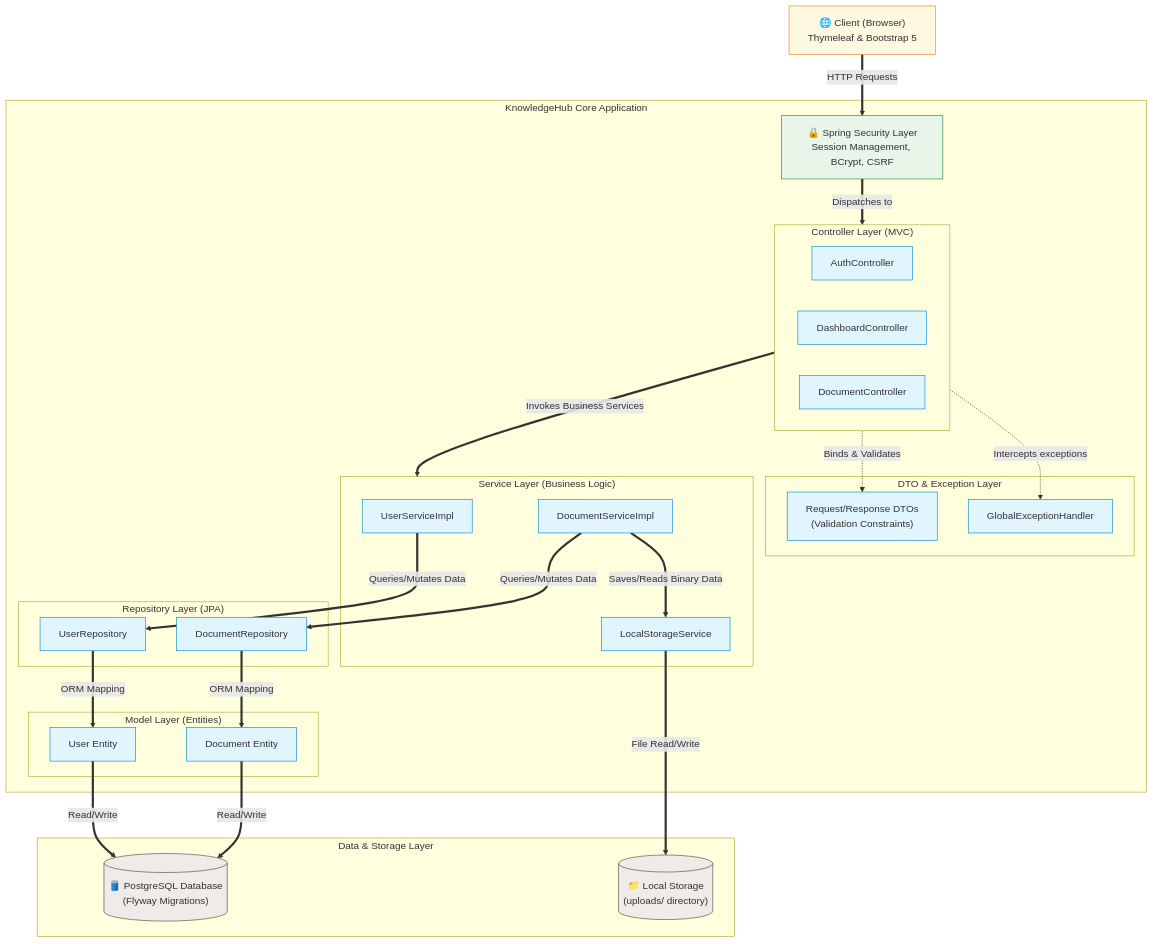
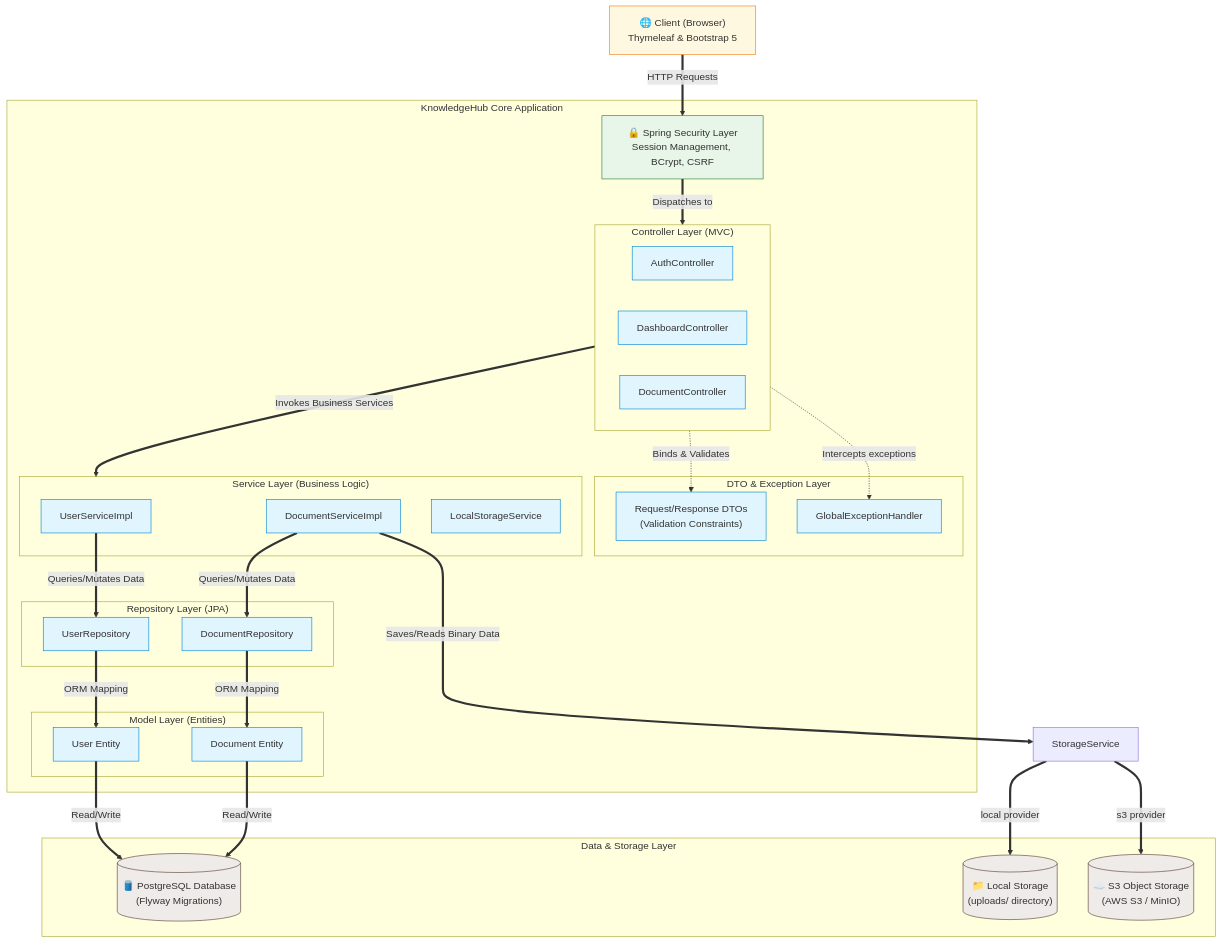
The diagram in README.md (sanab17/knowledgehub), drawn with Mermaid before and after one commit. The commit also changed other lines of this file and 6 other files, not shown here.

Commit message:
Migrated File storage to support both local and cloud storage

````diff
--- a/README.md
+++ b/README.md
@@ -68,61 +68,63 @@
 ```mermaid
 graph TD
     classDef layer fill:#e1f5fe,stroke:#0288d1,stroke-width:1px;
     classDef external fill:#efebe9,stroke:#5d4037,stroke-width:1px;
     classDef security fill:#e8f5e9,stroke:#2e7d32,stroke-width:1px;
     classDef client fill:#fff8e1,stroke:#f57f17,stroke-width:1px;
 
     Client["🌐 Client (Browser)<br/>Thymeleaf & Bootstrap 5"]:::client
 
     subgraph App ["KnowledgeHub Core Application"]
         Security["🔒 Spring Security Layer<br/>Session Management, BCrypt, CSRF"]:::security
         
         subgraph Controllers ["Controller Layer (MVC)"]
             AuthCtrl["AuthController"]:::layer
             DashCtrl["DashboardController"]:::layer
             DocCtrl["DocumentController"]:::layer
         end
 
         subgraph DTOs ["DTO & Exception Layer"]
             DTO["Request/Response DTOs<br/>(Validation Constraints)"]:::layer
             GlobalExc["GlobalExceptionHandler"]:::layer
         end
 
         subgraph Services ["Service Layer (Business Logic)"]
             UserServiceImpl["UserServiceImpl"]:::layer
             DocServiceImpl["DocumentServiceImpl"]:::layer
             LocalStorage["LocalStorageService"]:::layer
         end
 
         subgraph Repositories ["Repository Layer (JPA)"]
             UserRepo["UserRepository"]:::layer
             DocRepo["DocumentRepository"]:::layer
         end
 
         subgraph Models ["Model Layer (Entities)"]
             UserEnt["User Entity"]:::layer
             DocEnt["Document Entity"]:::layer
         end
     end
 
     subgraph Data ["Data & Storage Layer"]
         DB[("🛢️ PostgreSQL Database<br/>(Flyway Migrations)")]:::external
         FS[("📁 Local Storage<br/>(uploads/ directory)")]:::external
+        S3[("☁️ S3 Object Storage<br/>(AWS S3 / MinIO)")]:::external
     end
 
     %% Interactions
     Client ==>|HTTP Requests| Security
     Security ==>|Dispatches to| Controllers
     Controllers -.->|Binds & Validates| DTO
     Controllers ==>|Invokes Business Services| Services
-    DocServiceImpl ==>|Saves/Reads Binary Data| LocalStorage
-    LocalStorage ==>|File Read/Write| FS
+    DocServiceImpl ==>|Saves/Reads Binary Data| StorageService
+    StorageService ==>|local provider| FS
+    StorageService ==>|s3 provider| S3
     DocServiceImpl ==>|Queries/Mutates Data| DocRepo
     UserServiceImpl ==>|Queries/Mutates Data| UserRepo
     UserRepo ==>|ORM Mapping| UserEnt
     DocRepo ==>|ORM Mapping| DocEnt
     UserEnt & DocEnt ==>|Read/Write| DB
 
     %% Direct links / error handling
     Controllers -.->|Intercepts exceptions| GlobalExc
 ```
````
